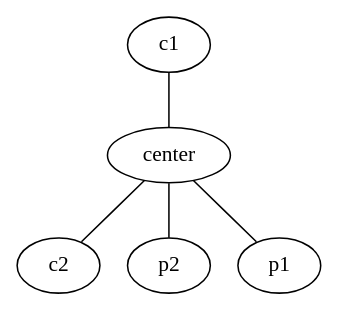
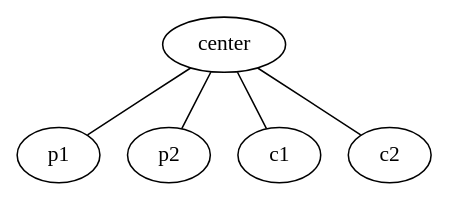
The diagram in examples_cbnets/graph2.dot (artiste-qb-net/quantum-fog), drawn with Graphviz before and after one commit. The commit also changed 8 other files, not shown here.

Commit message:
gave Graph, Dag, BayesNet a __deepcopy__

```diff
--- a/examples_cbnets/graph2.dot
+++ b/examples_cbnets/graph2.dot
@@ -1,11 +1,11 @@
-strict graph G {
+strict graph  {
+center;
+p1;
+p2;
 c1;
-center;
 c2;
-p2;
-p1;
-c1 -- center;
+center -- p1;
+center -- p2;
+center -- c1;
 center -- c2;
-center -- p2;
-center -- p1;
 }
```
